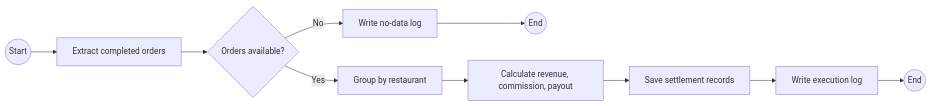
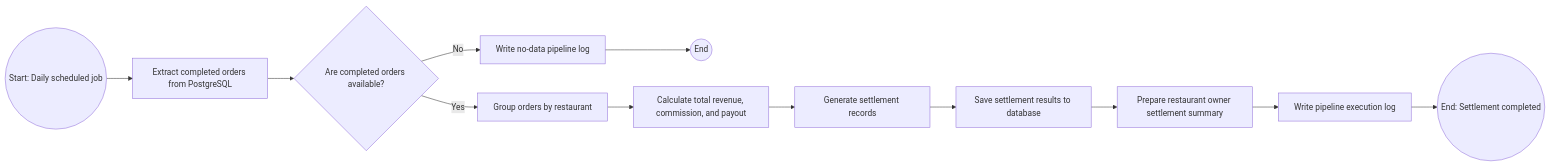
Before and after one commit to Numusohandsome/food-delivery-marketplace: the third of 4 diagrams in docs/final_report.md, drawn with Mermaid. The commit also changed other lines of this file and 2 other files, not shown here.

````diff
--- a/docs/final_report.md
+++ b/docs/final_report.md
@@ -248,12 +1179,23 @@
 ```mermaid
 flowchart LR
-    Start((Start)) --> Extract[Extract completed orders]
-    Extract --> Check{Orders available?}
-    Check -- No --> LogNoData[Write no-data log]
-    LogNoData --> End1((End))
-    Check -- Yes --> Group[Group by restaurant]
-    Group --> Calculate[Calculate revenue, commission, payout]
-    Calculate --> Save[Save settlement records]
-    Save --> Log[Write execution log]
-    Log --> End2((End))
+    Start((Start: Daily scheduled job)) --> ExtractOrders[Extract completed orders from PostgreSQL]
+
+    ExtractOrders --> ValidateOrders{Are completed orders available?}
+
+    ValidateOrders -- No --> NoData[Write no-data pipeline log]
+    NoData --> EndNoData((End))
+
+    ValidateOrders -- Yes --> GroupByRestaurant[Group orders by restaurant]
+
+    GroupByRestaurant --> CalculateTotals[Calculate total revenue, commission, and payout]
+
+    CalculateTotals --> GenerateSettlement[Generate settlement records]
+
+    GenerateSettlement --> SaveSettlement[Save settlement results to database]
+
+    SaveSettlement --> NotifyOwners[Prepare restaurant owner settlement summary]
+
+    NotifyOwners --> WriteLog[Write pipeline execution log]
+
+    WriteLog --> End((End: Settlement completed))
 ```
````
